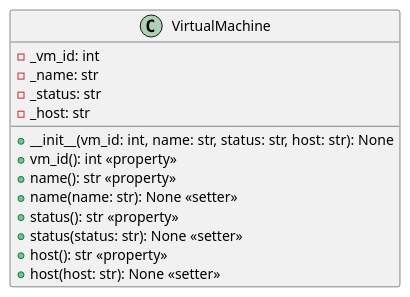
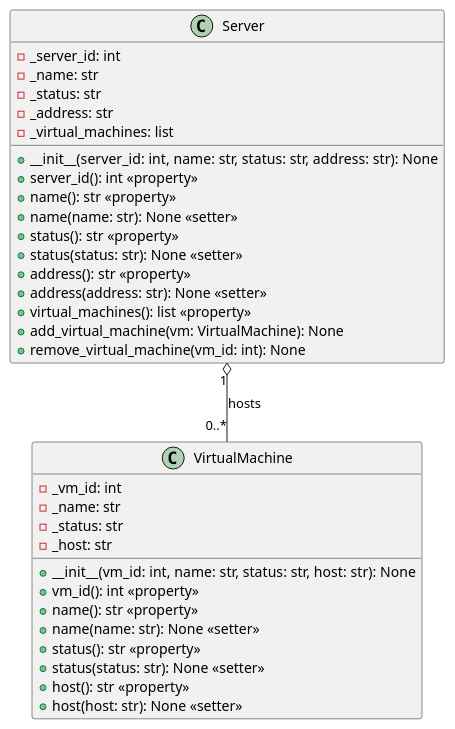
The diagram in uml/logical-view.plantuml (JonathanBeals/OOP-Final-Project), drawn with PlantUML before and after one commit. The commit also changed 9 other files, not shown here.

Commit message:
Add 4+1 UML diagrams

```diff
--- a/uml/logical-view.plantuml
+++ b/uml/logical-view.plantuml
@@ -1,19 +1,41 @@
 @startuml logical_view
 
 class VirtualMachine {
     - _vm_id: int
     - _name: str
     - _status: str
     - _host: str
 
     + __init__(vm_id: int, name: str, status: str, host: str): None
     + vm_id(): int <<property>>
     + name(): str <<property>>
     + name(name: str): None <<setter>>
     + status(): str <<property>>
     + status(status: str): None <<setter>>
     + host(): str <<property>>
     + host(host: str): None <<setter>>
 }
 
+class Server {
+    - _server_id: int
+    - _name: str
+    - _status: str
+    - _address: str
+    - _virtual_machines: list
+
+    + __init__(server_id: int, name: str, status: str, address: str): None
+    + server_id(): int <<property>>
+    + name(): str <<property>>
+    + name(name: str): None <<setter>>
+    + status(): str <<property>>
+    + status(status: str): None <<setter>>
+    + address(): str <<property>>
+    + address(address: str): None <<setter>>
+    + virtual_machines(): list <<property>>
+    + add_virtual_machine(vm: VirtualMachine): None
+    + remove_virtual_machine(vm_id: int): None
+}
+
+Server "1" o-- "0..*" VirtualMachine : hosts
+
 @enduml
```
